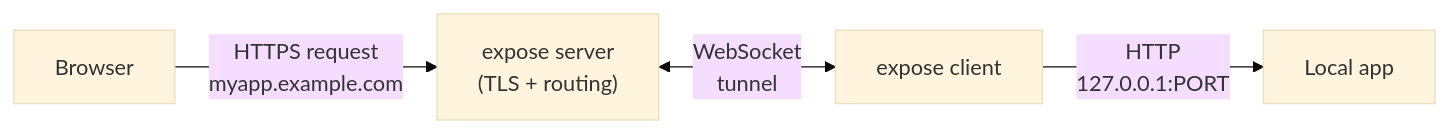
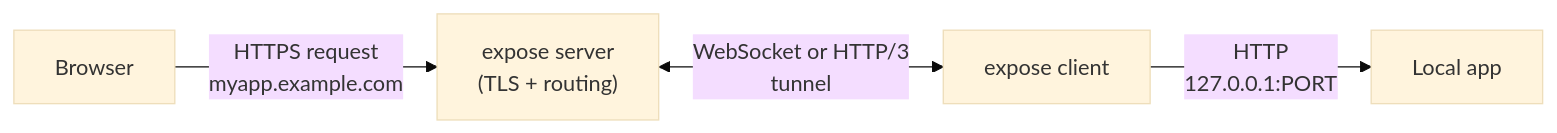
One commit to koltyakov/expose changed the first of 2 diagrams in docs/architecture-overview.md. Above: the diagram before and after it, drawn with Mermaid (base theme). The commit also changed other lines of this file and 34 other files, not shown here.

````diff
--- a/docs/architecture-overview.md
+++ b/docs/architecture-overview.md
@@ -7,6 +7,6 @@
 ```mermaid
 flowchart LR
     Browser["Browser"] -- "HTTPS request<br/>myapp.example.com" --> Server
-    Server["expose server<br/>(TLS + routing)"] -- "WebSocket<br/>tunnel" <--> Client["expose client"]
+    Server["expose server<br/>(TLS + routing)"] -- "WebSocket or HTTP/3<br/>tunnel" <--> Client["expose client"]
     Client -- "HTTP<br/>127.0.0.1:PORT" --> App["Local app"]
 ```
````
